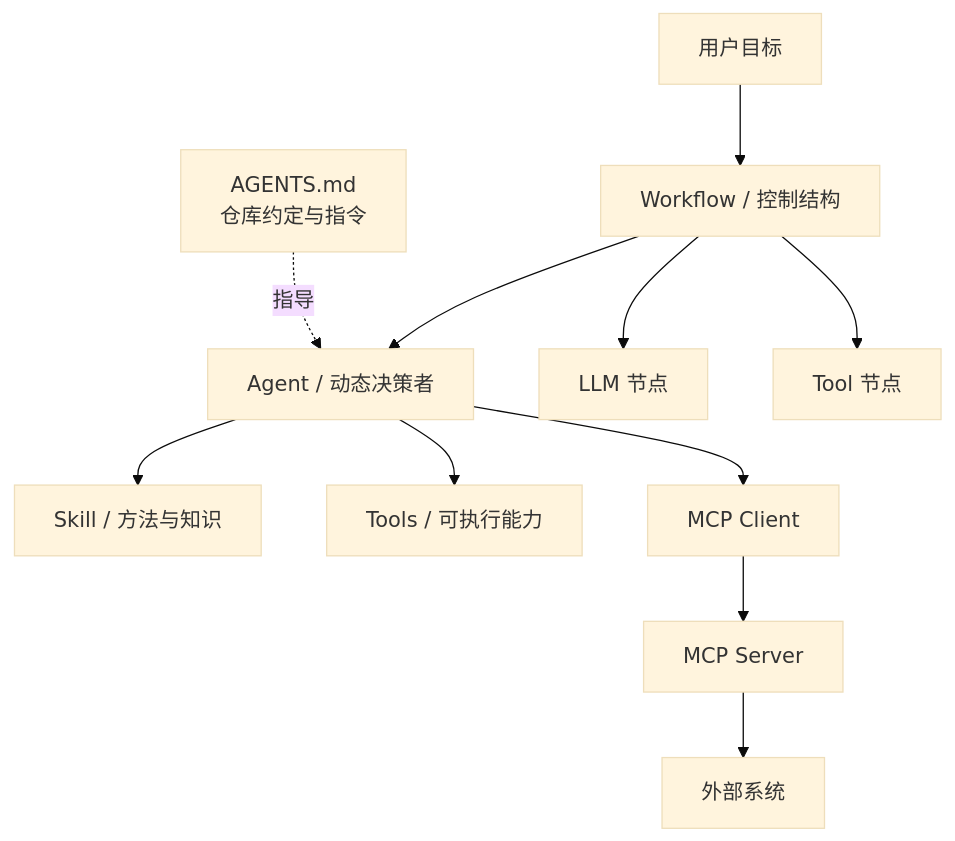
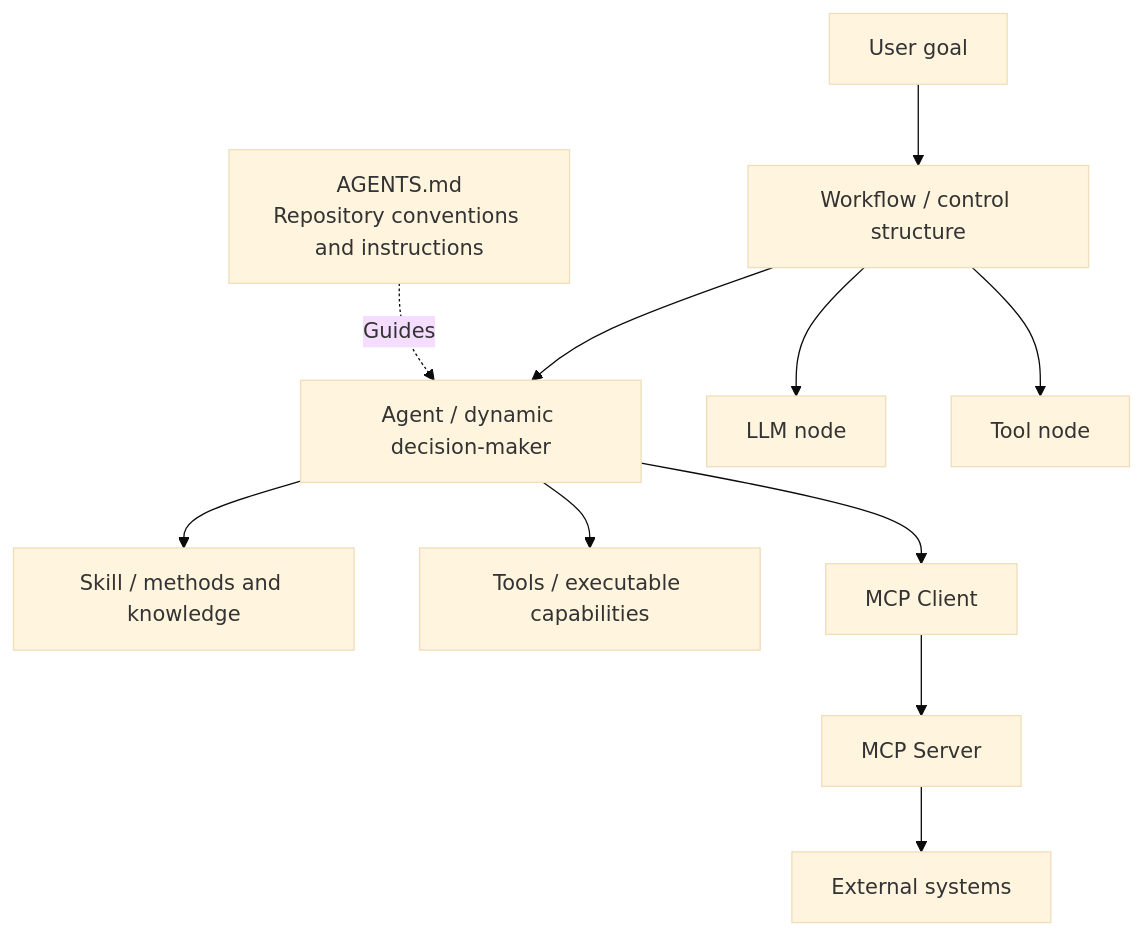
One commit to oneleaveknowsthefall/awesome-ai-roadmap changed the first of 15 diagrams in docs/agent/01-foundations/03-agentic-building-blocks.md. Above: the diagram before and after it, drawn with Mermaid (base theme). The commit also changed other lines of this file and 68 other files, not shown here.

````diff
--- a/docs/agent/01-foundations/03-agentic-building-blocks.md
+++ b/docs/agent/01-foundations/03-agentic-building-blocks.md
@@ -17,15 +17,15 @@
 ```mermaid
 flowchart TB
-    U[用户目标] --> W[Workflow / 控制结构]
-    W --> A[Agent / 动态决策者]
-    W --> L[LLM 节点]
-    W --> T1[Tool 节点]
+    U[User goal] --> W[Workflow / control structure]
+    W --> A[Agent / dynamic decision-maker]
+    W --> L[LLM node]
+    W --> T1[Tool node]
 
-    A --> S[Skill / 方法与知识]
-    A --> T2[Tools / 可执行能力]
+    A --> S[Skill / methods and knowledge]
+    A --> T2[Tools / executable capabilities]
     A --> M[MCP Client]
     M --> MS[MCP Server]
-    MS --> EXT[外部系统]
+    MS --> EXT[External systems]
 
-    I[AGENTS.md<br/>仓库约定与指令] -.指导.-> A
+    I[AGENTS.md<br/>Repository conventions and instructions] -.Guides.-> A
 ```
````
